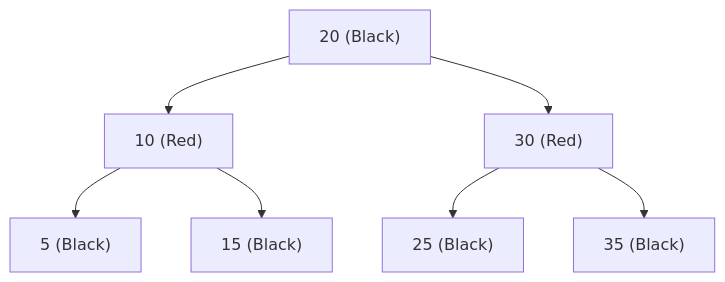
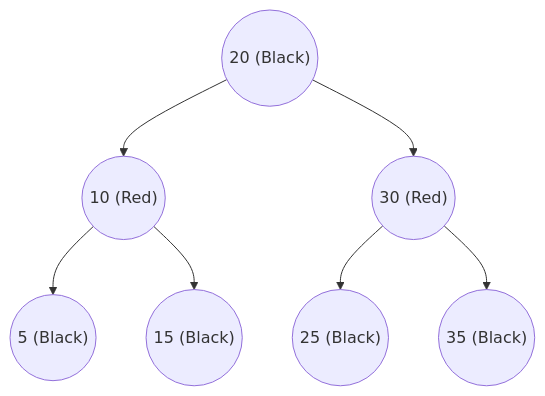
Before and after one commit to imdeepmind/imdeepmind.github.io: the ninth of 31 diagrams in docs/data-structure-and-algorithms/data-structures/tree/search-tree/self-balancing-bst/red-black.md, drawn with Mermaid. The commit also changed other lines of this file, not shown here.

Commit message:
docs(tree): IMDEEPMIND-32: added docs for red black tree

````diff
--- a/docs/data-structure-and-algorithms/data-structures/tree/search-tree/self-balancing-bst/red-black.md
+++ b/docs/data-structure-and-algorithms/data-structures/tree/search-tree/self-balancing-bst/red-black.md
@@ -166,13 +185,13 @@
 ```mermaid
 graph TD
-    A["20 (Black)"]
+    A(("20 (Black)"))
 
-    A --> B["10 (Red)"]
-    A --> C["30 (Red)"]
+    A --> B(("10 (Red)"))
+    A --> C(("30 (Red)"))
 
-    B --> D["5 (Black)"]
-    B --> E["15 (Black)"]
+    B --> D(("5 (Black)"))
+    B --> E(("15 (Black)"))
 
-    C --> F["25 (Black)"]
-    C --> G["35 (Black)"]
+    C --> F(("25 (Black)"))
+    C --> G(("35 (Black)"))
 ```
````
